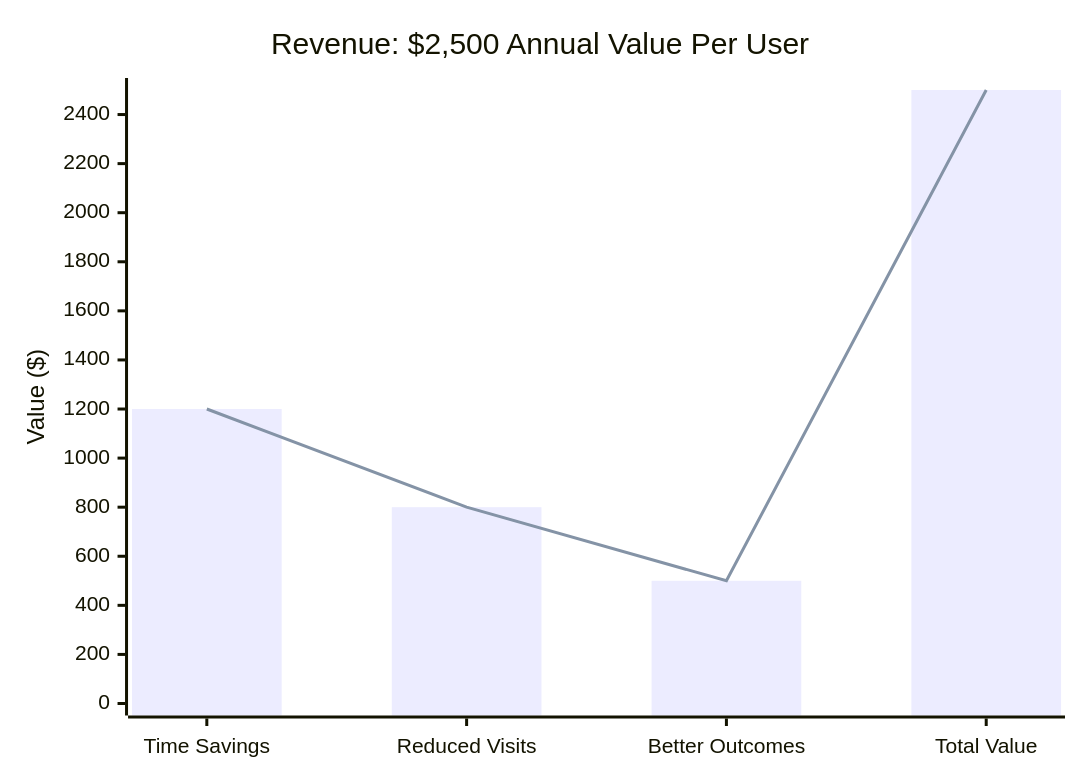
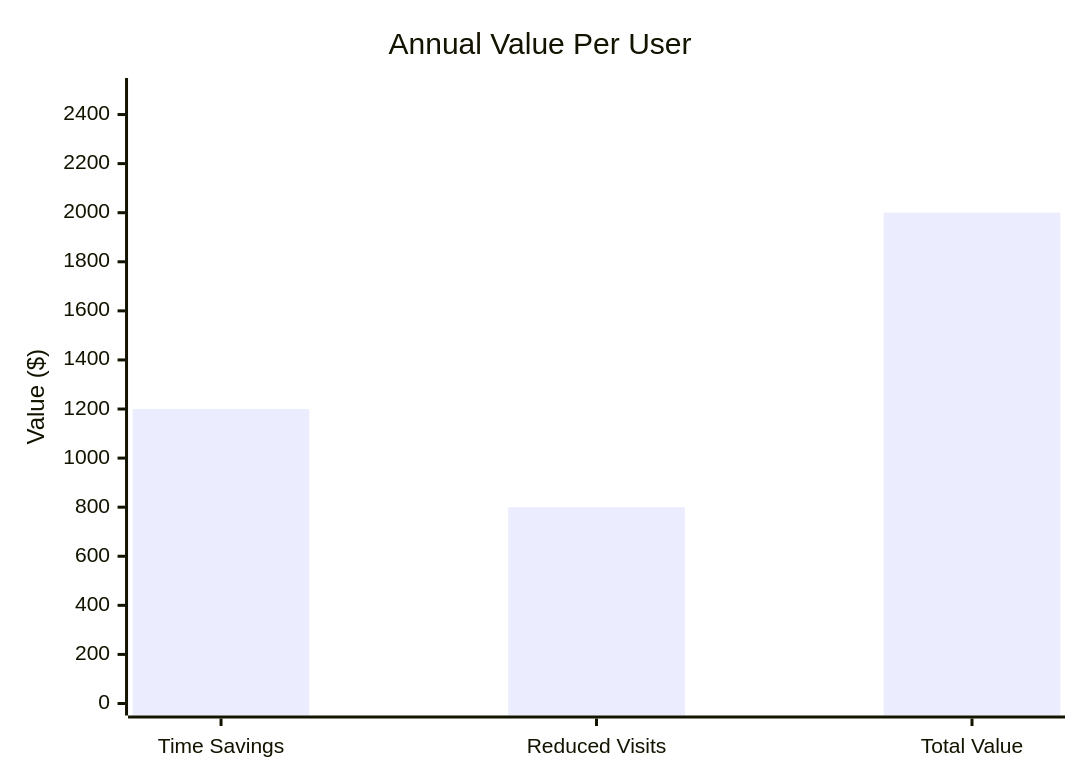
Before and after one commit to Iceman-Dann/Medly: the sixth of 8 diagrams in README.md, drawn with Mermaid. The commit also changed other lines of this file, not shown here.

````diff
--- a/README.md
+++ b/README.md
@@ -127,8 +88,7 @@
 ```mermaid
 xychart-beta
-    title "Revenue: $2,500 Annual Value Per User"
-    x-axis ["Time Savings", "Reduced Visits", "Better Outcomes", "Total Value"]
+    title "Annual Value Per User"
+    x-axis ["Time Savings", "Reduced Visits", "Total Value"]
     y-axis "Value ($)" 0 --> 2500
-    bar [1200, 800, 500, 2500]
-    line [1200, 800, 500, 2500]
+    bar [1200, 800, 2000]
 ```
````
